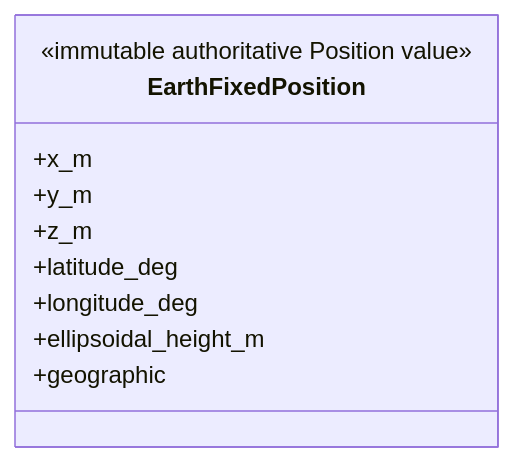
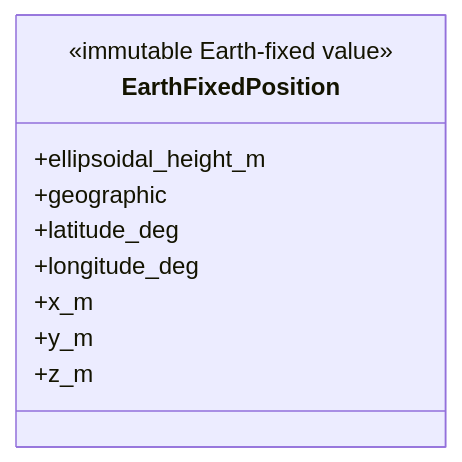
The second of 2 diagrams in skyseed_v2/src/skyseed_v2/simulator/geometry/README.md (seed-labs/skyseed), drawn with Mermaid before and after one commit. The commit also changed other lines of this file and 256 other files, not shown here.

Commit message:
refactor: complete network planner architecture cutover

````diff
--- a/skyseed_v2/src/skyseed_v2/simulator/geometry/README.md
+++ b/skyseed_v2/src/skyseed_v2/simulator/geometry/README.md
@@ -37,13 +50,13 @@
 ```mermaid
 classDiagram
     class EarthFixedPosition {
-        <<immutable authoritative Position value>>
+        <<immutable Earth-fixed value>>
+        +ellipsoidal_height_m
+        +geographic
+        +latitude_deg
+        +longitude_deg
         +x_m
         +y_m
         +z_m
-        +latitude_deg
-        +longitude_deg
-        +ellipsoidal_height_m
-        +geographic
     }
 ```
````
